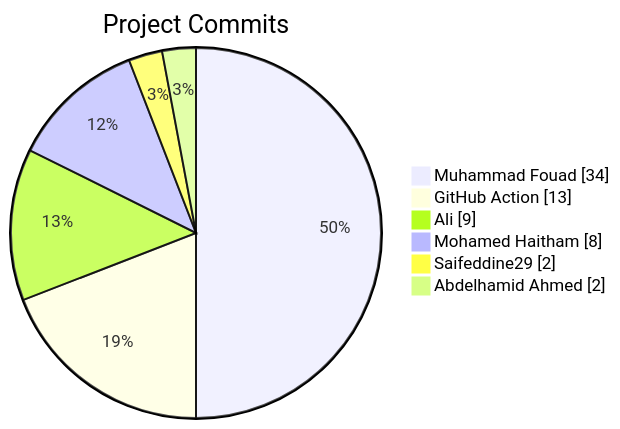
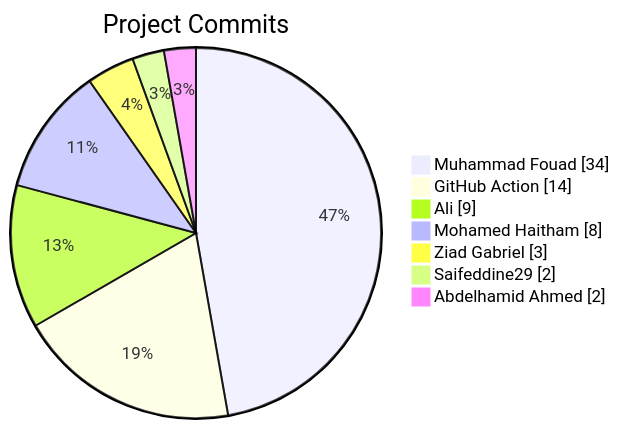
The diagram in README.md (Abdelhamid-El-rashidy/Library_System), drawn with Mermaid before and after one commit.

Commit message:
docs: update contributor stats [skip ci]

````diff
--- a/README.md
+++ b/README.md
@@ -11,10 +11,11 @@
 ```mermaid
 pie showData
     title Project Commits
     "Muhammad Fouad" : 34
-    "GitHub Action" : 13
+    "GitHub Action" : 14
     "Ali" : 9
     "Mohamed Haitham" : 8
+    "Ziad Gabriel" : 3
     "Saifeddine29" : 2
     "Abdelhamid Ahmed" : 2
 ```
````
